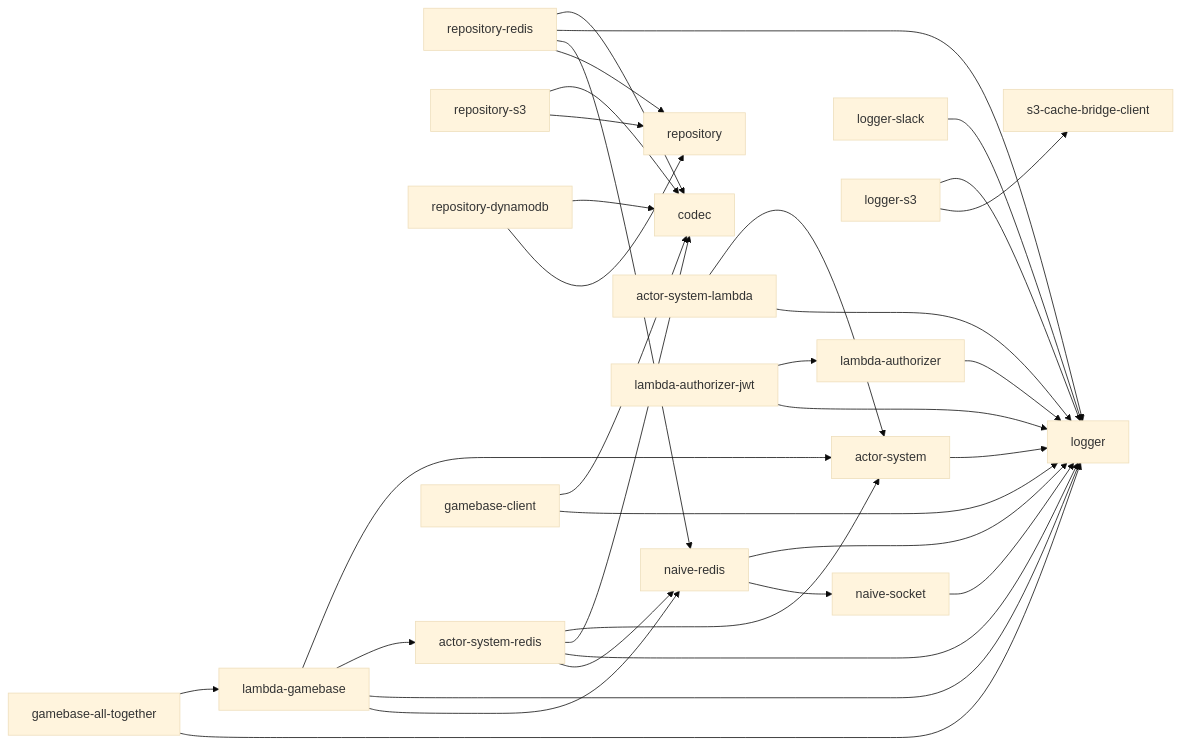
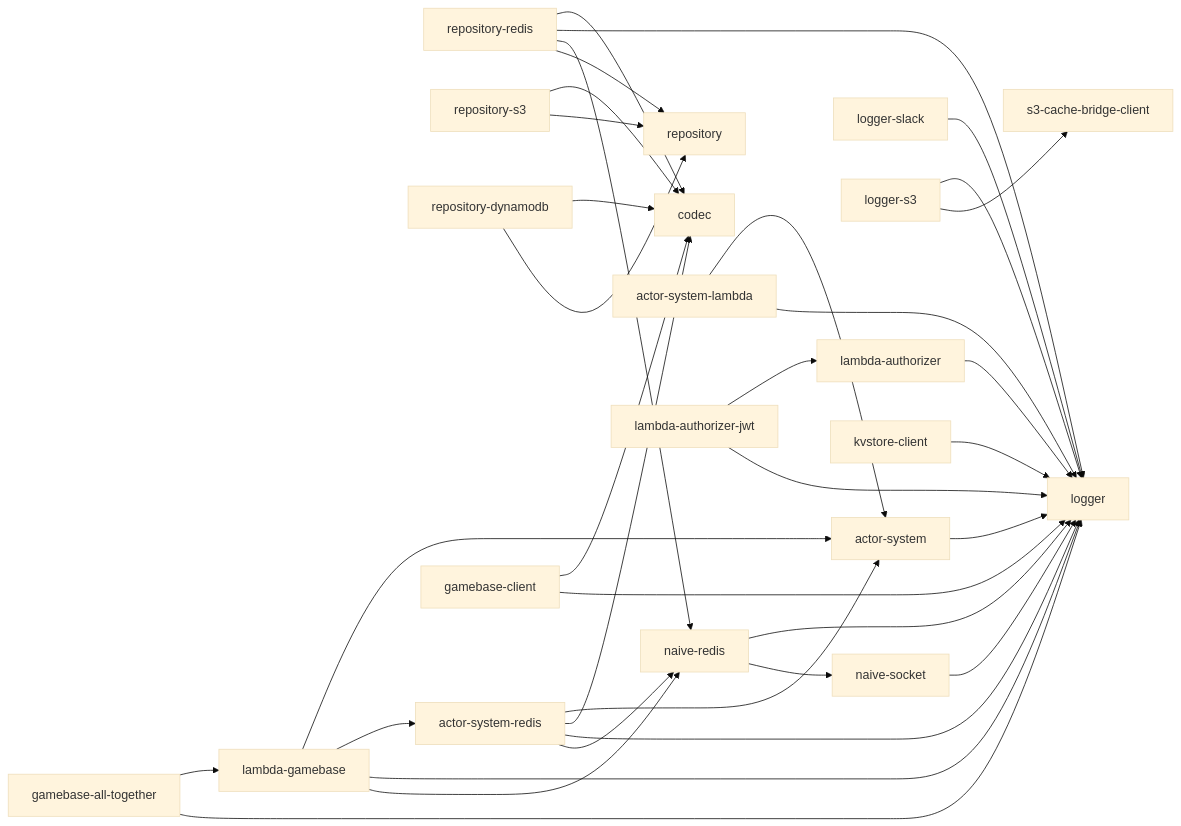
The diagram in README.md (yingyeothon/tslib), drawn with Mermaid (base theme) before and after one commit. The commit also changed other lines of this file and 31 other files, not shown here.

First line of the commit message:
Add @yingyeothon/kvstore-client for the yyt key-value store

````diff
--- a/README.md
+++ b/README.md
@@ -49,35 +51,36 @@
 ```mermaid
 graph LR
   naive-socket --> logger
   naive-redis --> logger
   naive-redis --> naive-socket
   logger-slack --> logger
   logger-s3 --> logger
   logger-s3 --> s3-cache-bridge-client
   repository-redis --> codec
   repository-redis --> logger
   repository-redis --> naive-redis
   repository-redis --> repository
   repository-s3 --> codec
   repository-s3 --> repository
   repository-dynamodb --> codec
   repository-dynamodb --> repository
   actor-system --> logger
   actor-system-redis --> actor-system
   actor-system-redis --> codec
   actor-system-redis --> logger
   actor-system-redis --> naive-redis
   actor-system-lambda --> actor-system
   actor-system-lambda --> logger
   lambda-authorizer --> logger
   lambda-authorizer-jwt --> lambda-authorizer
   lambda-authorizer-jwt --> logger
   lambda-gamebase --> actor-system
   lambda-gamebase --> actor-system-redis
   lambda-gamebase --> logger
   lambda-gamebase --> naive-redis
   gamebase-all-together --> lambda-gamebase
   gamebase-all-together --> logger
   gamebase-client --> codec
   gamebase-client --> logger
+  kvstore-client --> logger
 ```
````
